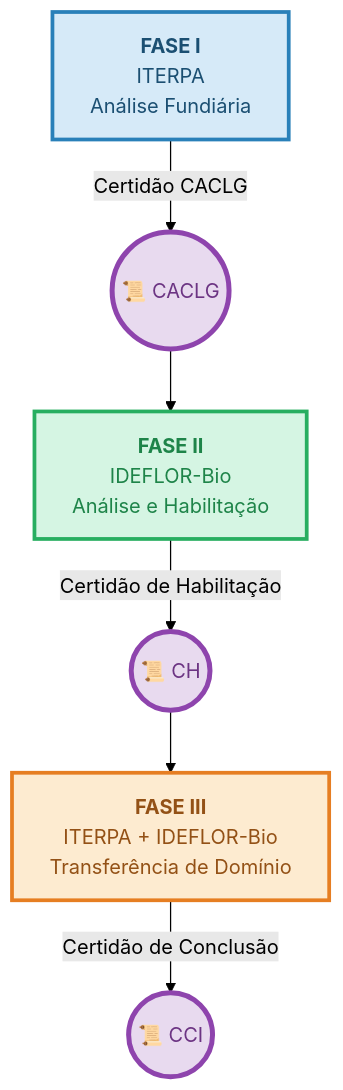
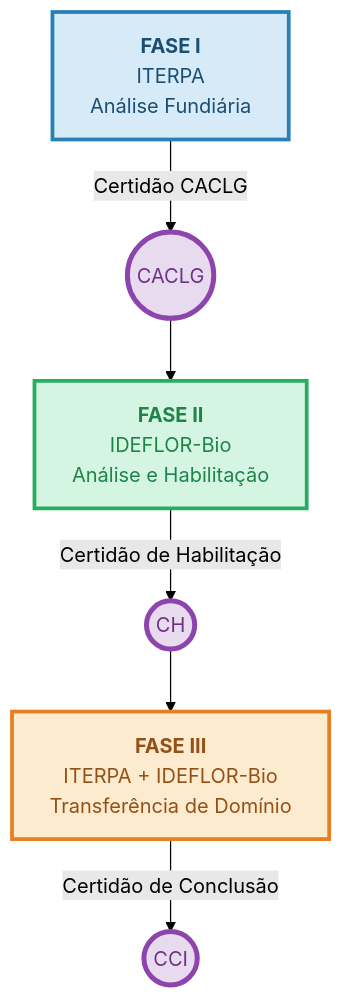
Before and after one commit to NGEO-IDEFLOR-Bio/certFundiaria-uces-pa: the diagram in docs/03-fluxos/imagens/01-visao-geral.mmd, drawn with Mermaid (forest theme). The commit also changed 17 other files, not shown here.

Commit message:
docs: remove emojis decorativos dos diagramas e atualiza prazos do ngeo

```diff
--- a/docs/03-fluxos/imagens/01-visao-geral.mmd
+++ b/docs/03-fluxos/imagens/01-visao-geral.mmd
@@ -1,16 +1,16 @@
 flowchart TD
     classDef iterpa fill:#D6EAF8,stroke:#2980B9,stroke-width:3px,color:#1B4F72
     classDef ideflor fill:#D5F5E3,stroke:#27AE60,stroke-width:3px,color:#1E8449
     classDef fase3 fill:#FDEBD0,stroke:#E67E22,stroke-width:3px,color:#935116
     classDef cert fill:#E8DAEF,stroke:#8E44AD,stroke-width:3px,color:#6C3483
 
     F1["<b>FASE I</b><br/>ITERPA<br/>Análise Fundiária"]:::iterpa
-    --> |Certidão CACLG| C1(("📜 CACLG")):::cert
+    --> |Certidão CACLG| C1(("CACLG")):::cert
     C1 --> F2["<b>FASE II</b><br/>IDEFLOR-Bio<br/>Análise e Habilitação"]:::ideflor
-    F2 --> |Certidão de Habilitação| C2(("📜 CH")):::cert
+    F2 --> |Certidão de Habilitação| C2(("CH")):::cert
     C2 --> F3["<b>FASE III</b><br/>ITERPA + IDEFLOR-Bio<br/>Transferência de Domínio"]:::fase3
-    F3 --> |Certidão de Conclusão| C3(("📜 CCI")):::cert
+    F3 --> |Certidão de Conclusão| C3(("CCI")):::cert
 
     style C1 stroke-width:4px
     style C2 stroke-width:4px
     style C3 stroke-width:4px
```
